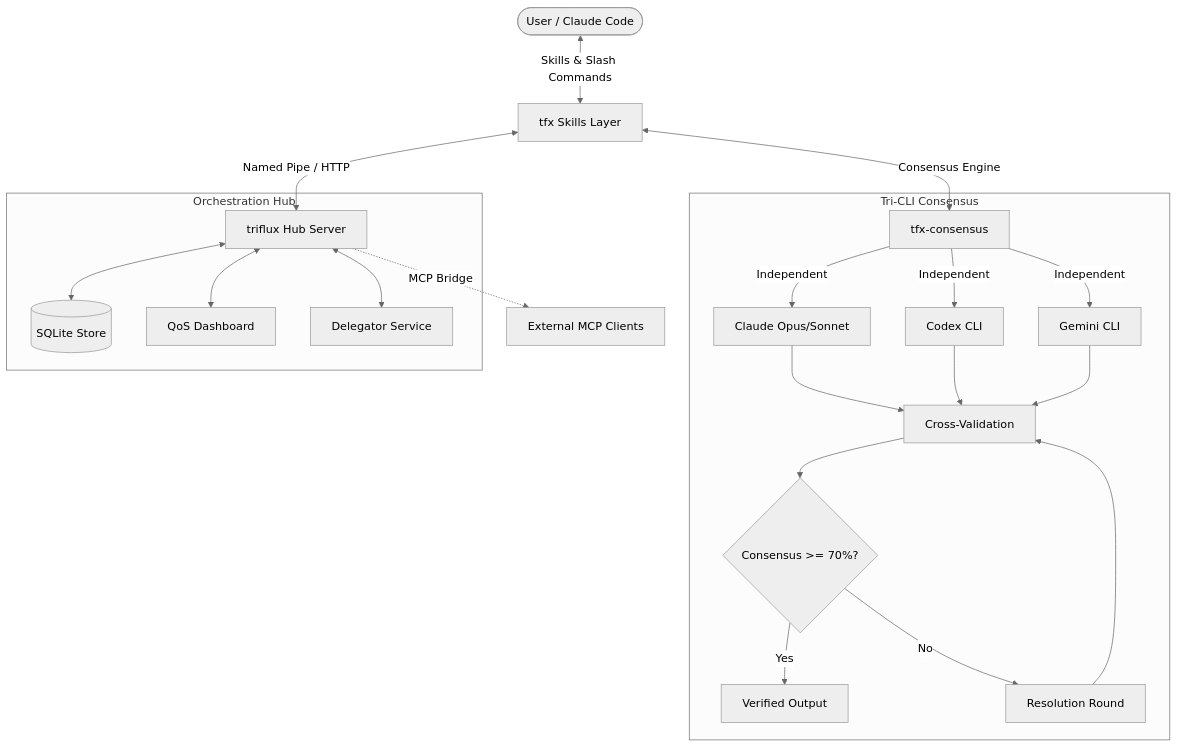
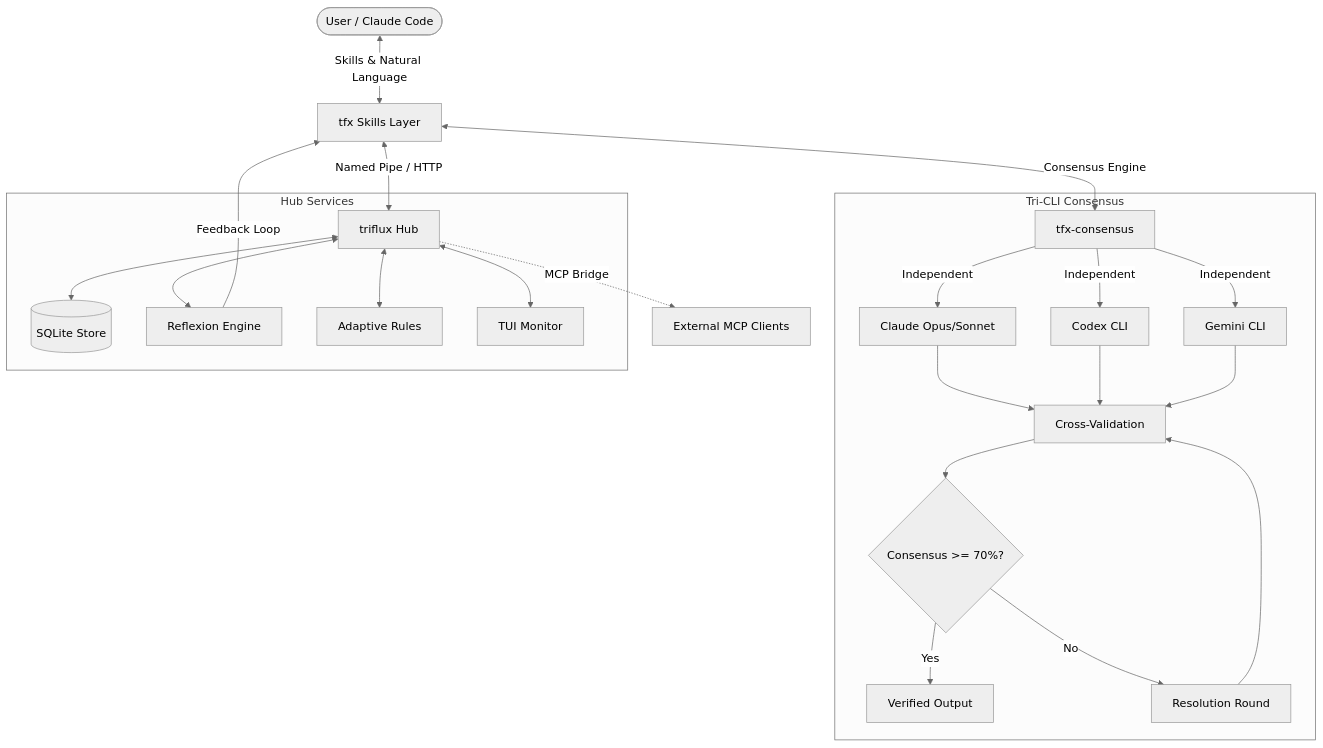
The diagram in README.md (tellang/triflux), drawn with Mermaid (neutral theme) before and after one commit. The commit also changed other lines of this file, not shown here.

First line of the commit message:
docs: README v10.1 전면 개선 — 42 Skills, TUI Monitor, Reflexion Pipeline

````diff
--- a/README.md
+++ b/README.md
@@ -269,28 +309,30 @@
 ```mermaid
 graph TD
-    User([User / Claude Code]) <-->|Skills & Slash Commands| TFX[tfx Skills Layer]
+    User([User / Claude Code]) <-->|"Skills & Natural Language"| TFX[tfx Skills Layer]
     TFX <-->|Consensus Engine| CONSENSUS[tfx-consensus]
 
     subgraph "Tri-CLI Consensus"
         CONSENSUS -->|Independent| CLAUDE[Claude Opus/Sonnet]
         CONSENSUS -->|Independent| CODEX[Codex CLI]
         CONSENSUS -->|Independent| GEMINI[Gemini CLI]
         CLAUDE --> MERGE[Cross-Validation]
         CODEX --> MERGE
         GEMINI --> MERGE
         MERGE --> GATE{Consensus >= 70%?}
         GATE -->|Yes| OUTPUT[Verified Output]
         GATE -->|No| RESOLVE[Resolution Round]
         RESOLVE --> MERGE
     end
 
-    TFX <-->|Named Pipe / HTTP| HUB[triflux Hub Server]
+    TFX <-->|Named Pipe / HTTP| HUB[triflux Hub]
 
-    subgraph "Orchestration Hub"
+    subgraph "Hub Services"
         HUB <--> STORE[(SQLite Store)]
-        HUB <--> DASH[QoS Dashboard]
-        HUB <--> DELEGATOR[Delegator Service]
+        HUB <--> REFLEXION[Reflexion Engine]
+        HUB <--> ADAPTIVE[Adaptive Rules]
+        HUB <--> MONITOR[TUI Monitor]
     end
 
+    REFLEXION -->|"Feedback Loop"| TFX
     HUB -.->|MCP Bridge| External[External MCP Clients]
 ```
````
